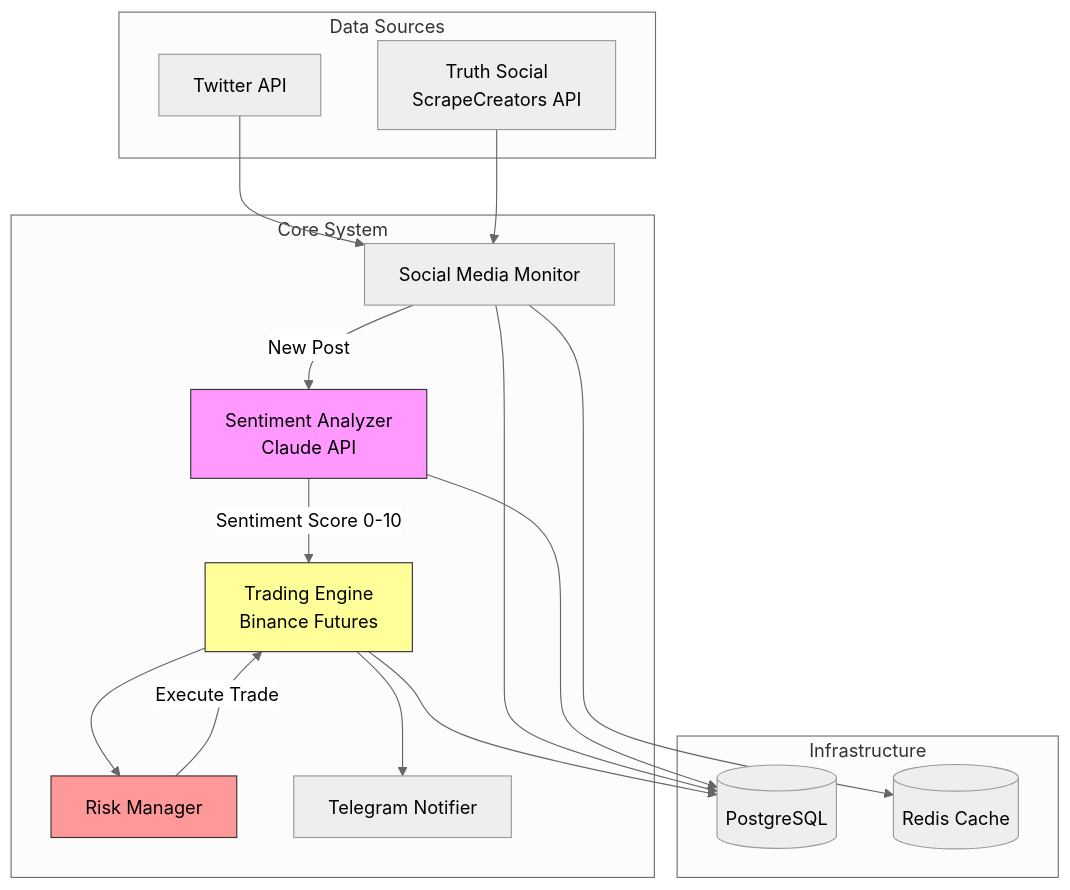
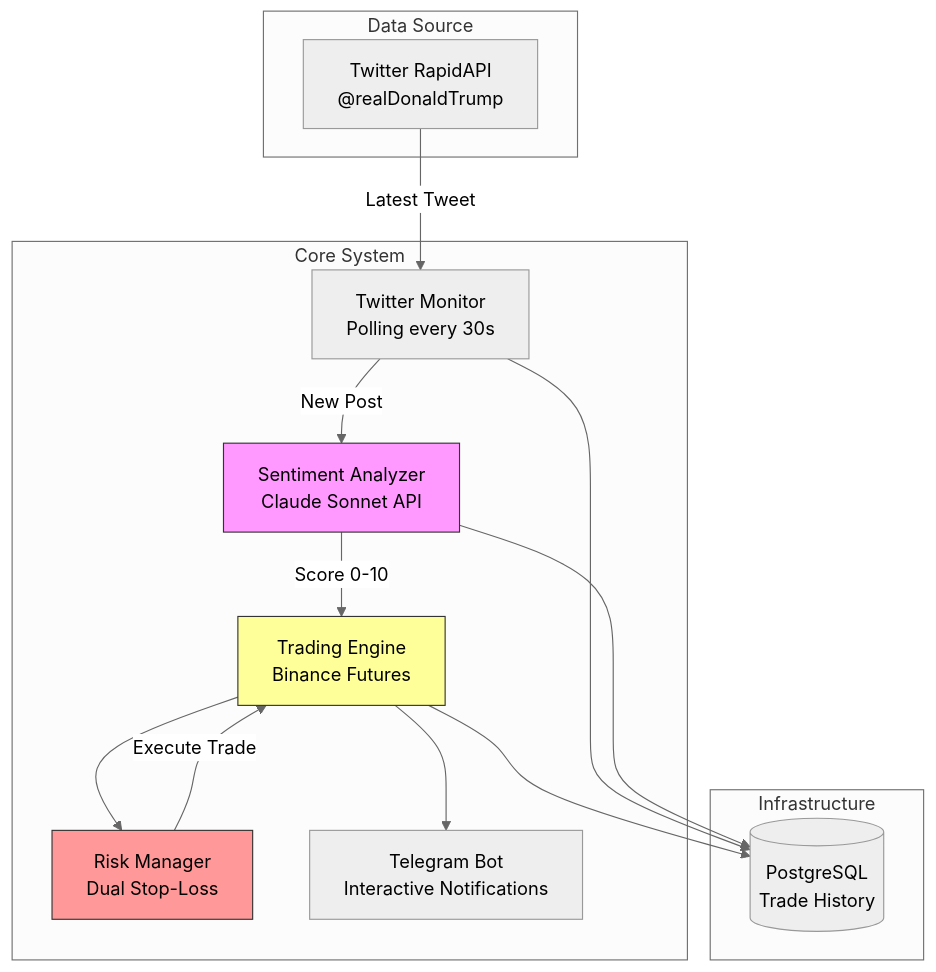
The first of 2 diagrams in README.md (Mmauz1001/trump-trader), drawn with Mermaid (neutral theme) before and after one commit. The commit also changed other lines of this file and 25 other files, not shown here.

````diff
--- a/README.md
+++ b/README.md
@@ -7,36 +16,32 @@
 ```mermaid
 graph TB
-    subgraph "Data Sources"
-        A[Twitter API] 
-        B[Truth Social<br/>ScrapeCreators API]
+    subgraph "Data Source"
+        A[Twitter RapidAPI<br/>@realDonaldTrump]
     end
     
     subgraph "Core System"
-        C[Social Media Monitor]
-        D[Sentiment Analyzer<br/>Claude API]
+        C[Twitter Monitor<br/>Polling every 30s]
+        D[Sentiment Analyzer<br/>Claude Sonnet API]
         E[Trading Engine<br/>Binance Futures]
-        F[Risk Manager]
-        G[Telegram Notifier]
+        F[Risk Manager<br/>Dual Stop-Loss]
+        G[Telegram Bot<br/>Interactive Notifications]
     end
     
     subgraph "Infrastructure"
-        H[(PostgreSQL)]
-        I[(Redis Cache)]
+        H[(PostgreSQL<br/>Trade History)]
     end
     
-    A --> C
-    B --> C
+    A --> |Latest Tweet| C
     C --> |New Post| D
-    D --> |Sentiment Score 0-10| E
+    D --> |Score 0-10| E
     E --> F
     F --> |Execute Trade| E
     E --> H
     C --> H
     D --> H
     E --> G
-    C --> I
     
     style D fill:#f9f,stroke:#333
     style E fill:#ff9,stroke:#333
     style F fill:#f99,stroke:#333
 ```
````
